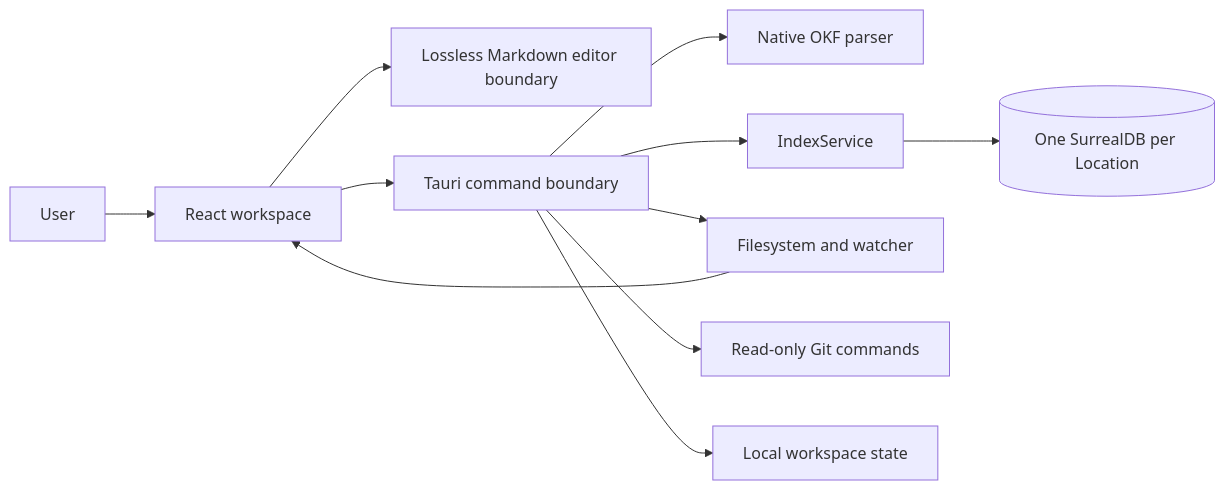
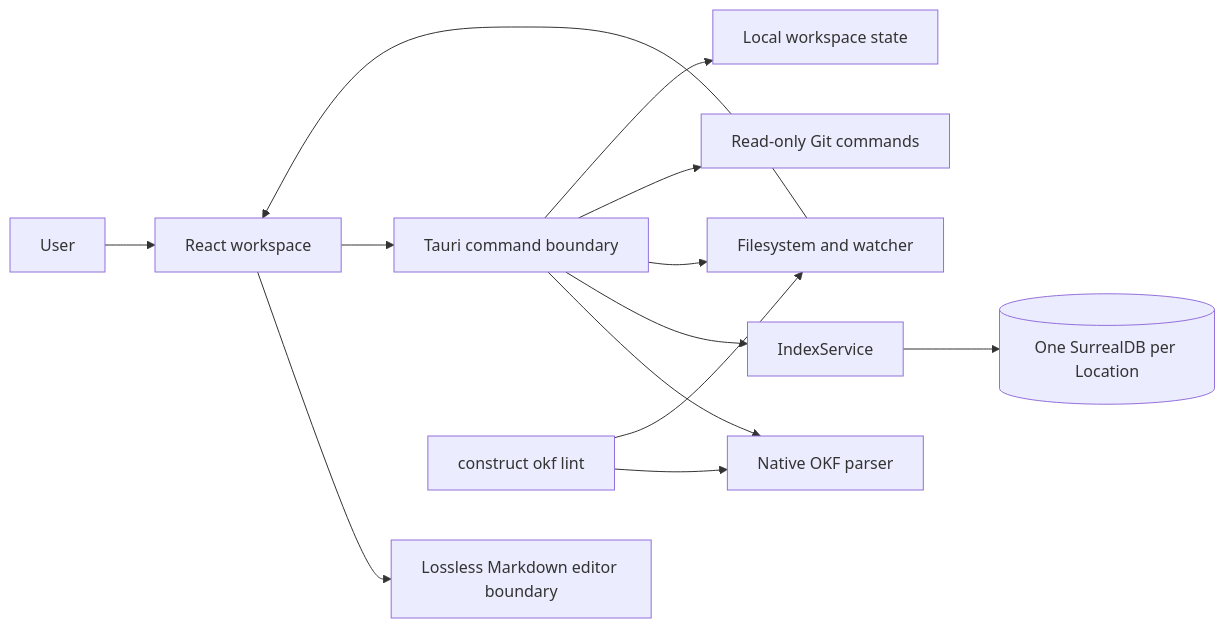
The diagram in docs/architecture.md (lfnovo/construct), drawn with Mermaid before and after one commit. The commit also changed other lines of this file and 12 other files, not shown here.

````diff
--- a/docs/architecture.md
+++ b/docs/architecture.md
@@ -7,13 +7,15 @@
 ```mermaid
 flowchart LR
     U[User] --> R[React workspace]
     R --> P[Lossless Markdown editor boundary]
     R --> T[Tauri command boundary]
     T --> O[Native OKF parser]
     T --> I[IndexService]
     I --> D[(One SurrealDB per Location)]
     T --> F[Filesystem and watcher]
     T --> G[Read-only Git commands]
     T --> S[Local workspace state]
     F --> R
+    C["construct okf lint"] --> O
+    C --> F
 ```
````
